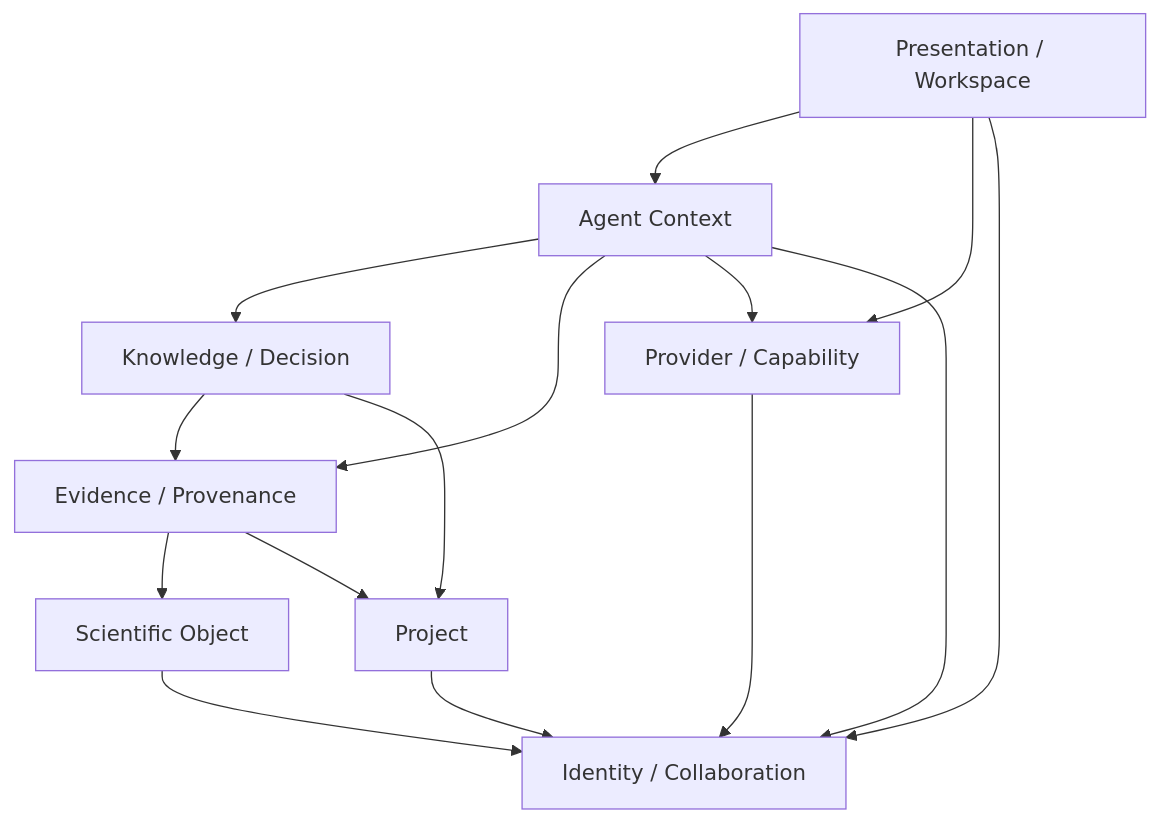
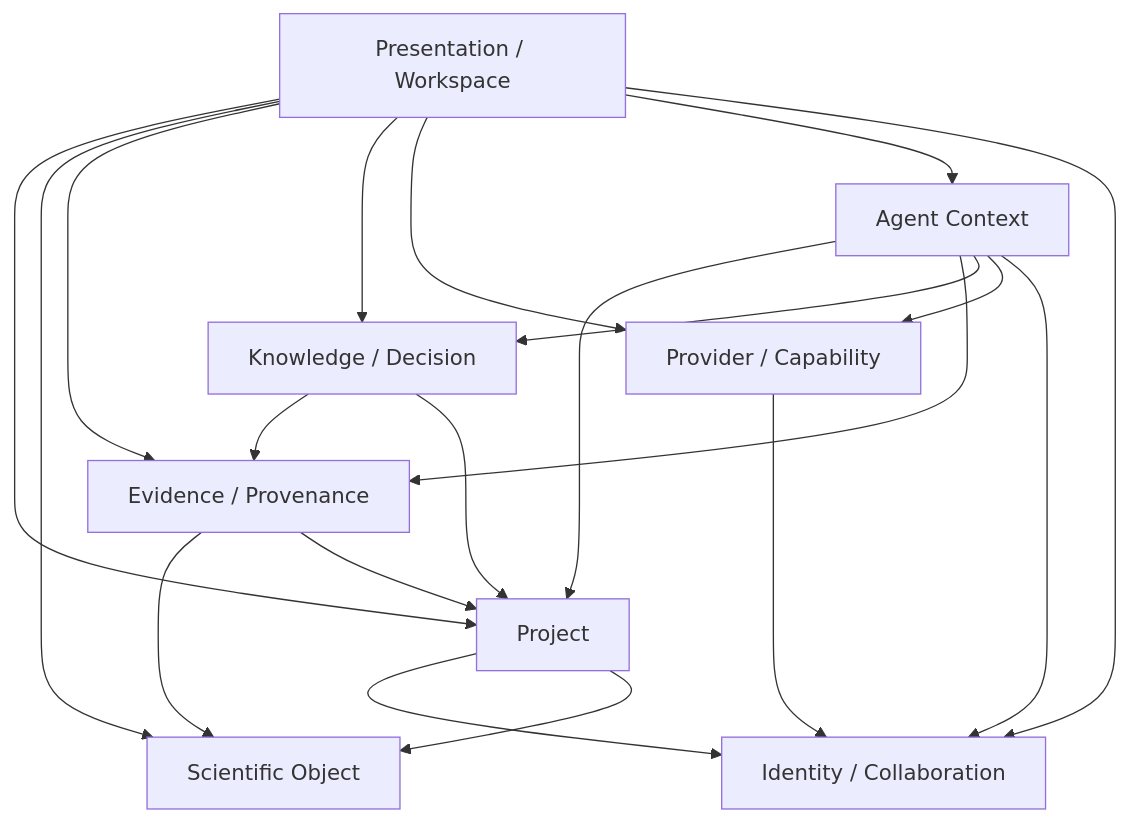
Before and after one commit to YaoYinYing/REvoLab: the diagram in docs/architecture/DOMAIN_BOUNDARIES.md, drawn with Mermaid. The commit also changed other lines of this file and 20 other files, not shown here.

````diff
--- a/docs/architecture/DOMAIN_BOUNDARIES.md
+++ b/docs/architecture/DOMAIN_BOUNDARIES.md
@@ -176,30 +183,36 @@
 ```mermaid
 flowchart TB
     PW["Presentation / Workspace"]
     AC["Agent Context"]
     PC["Provider / Capability"]
     IC["Identity / Collaboration"]
     KD["Knowledge / Decision"]
     EP["Evidence / Provenance"]
     SO["Scientific Object"]
     PJ["Project"]
 
+    PW --> PJ
+    PW --> SO
+    PW --> EP
+    PW --> KD
+    PW --> PC
     PW --> AC
-    PW --> PC
     PW --> IC
 
+    AC --> PJ
+    AC --> EP
     AC --> KD
-    AC --> EP
     AC --> PC
     AC --> IC
 
+    PJ --> IC
+    PJ --> SO
+
+    EP --> SO
+    EP --> PJ
+
     KD --> EP
     KD --> PJ
-    EP --> SO
-    EP --> PJ
-    SO --> IC
 
     PC --> IC
-
-    PJ --> IC
 ```
````
